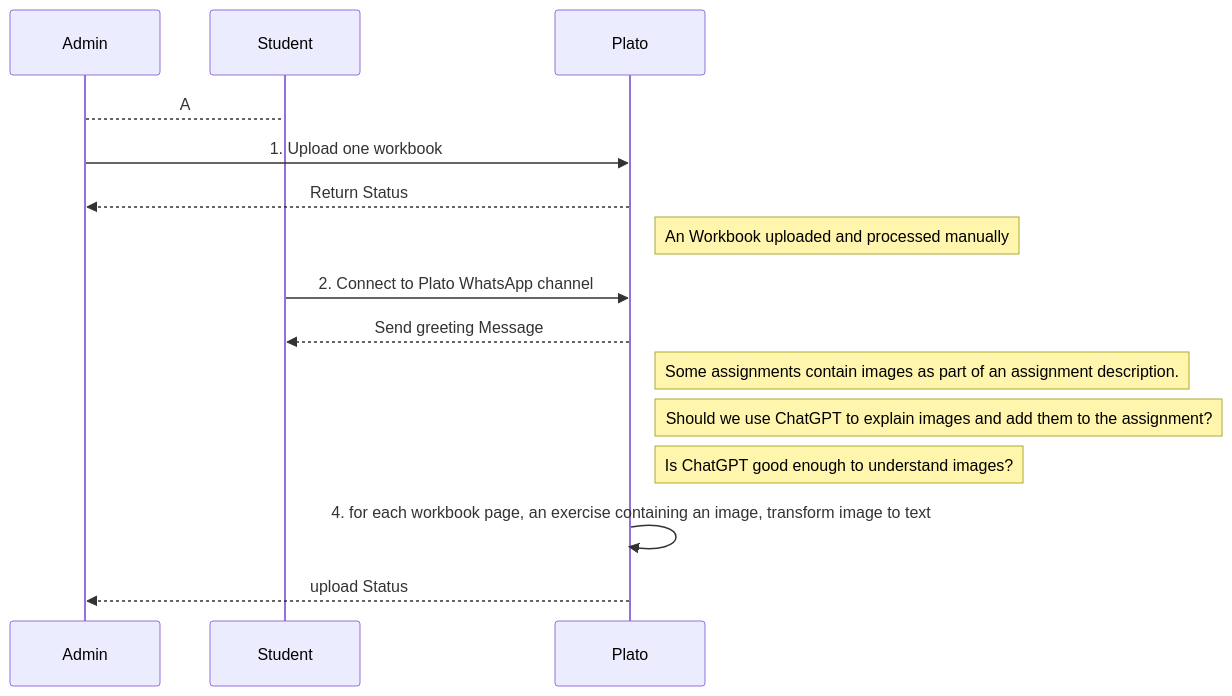
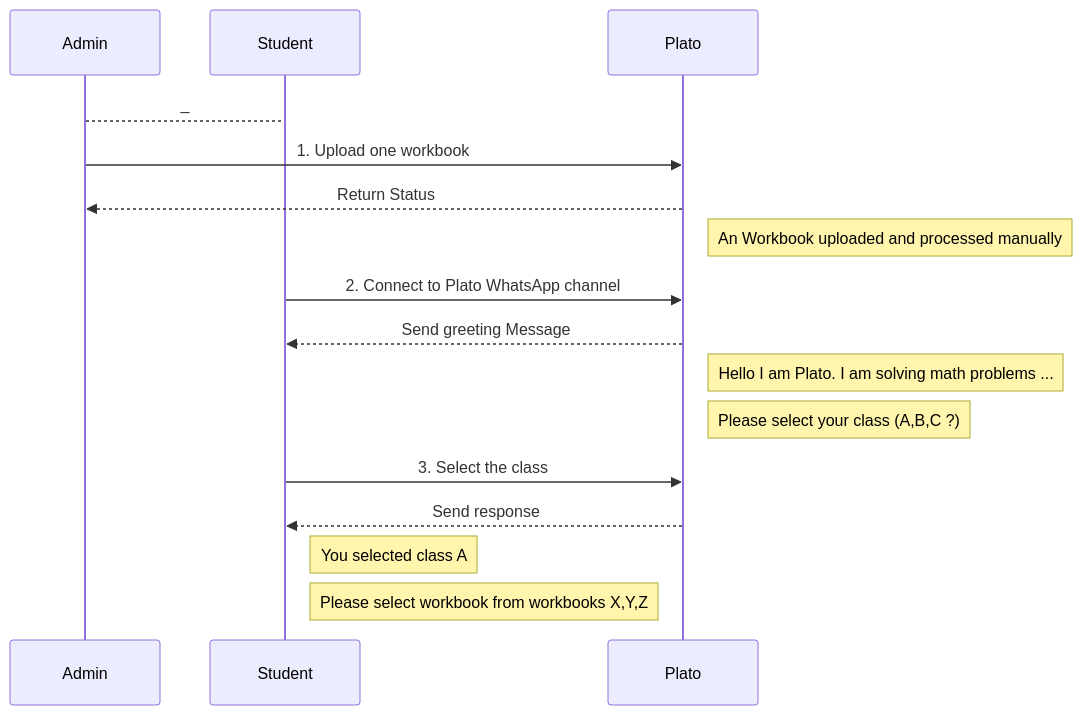
Before and after one commit to dimastatz/plato: the third of 3 diagrams in docs/design.md, drawn with Mermaid.

````diff
--- a/docs/design.md
+++ b/docs/design.md
@@ -95,17 +95,21 @@
 ```mermaid
 sequenceDiagram
-Admin-->Student: A
+Admin-->Student: _
 
 Admin->>Plato: 1. Upload one workbook
 Plato-->>Admin: Return Status
 Note right of Plato: An Workbook uploaded and processed manually
 
 Student->>Plato: 2. Connect to Plato WhatsApp channel
 Plato-->>Student: Send greeting Message 
-Note right of Plato: Some assignments contain images as part of an assignment description.
-Note right of Plato: Should we use ChatGPT to explain images and add them to the assignment?
-Note right of Plato: Is ChatGPT good enough to understand images?
+Note right of Plato: Hello I am Plato. I am solving math problems ...
+Note right of Plato: Please select your class (A,B,C ?)
 
-Plato->>Plato: 4. for each workbook page, an exercise containing an image, transform image to text 
-Plato-->>Admin: upload Status
+Student->>Plato: 3. Select the class
+Plato-->>Student: Send response 
+Note right of Student: You selected class A
+Note right of Student: Please select workbook from workbooks X,Y,Z
+
+
+
 ```
````
